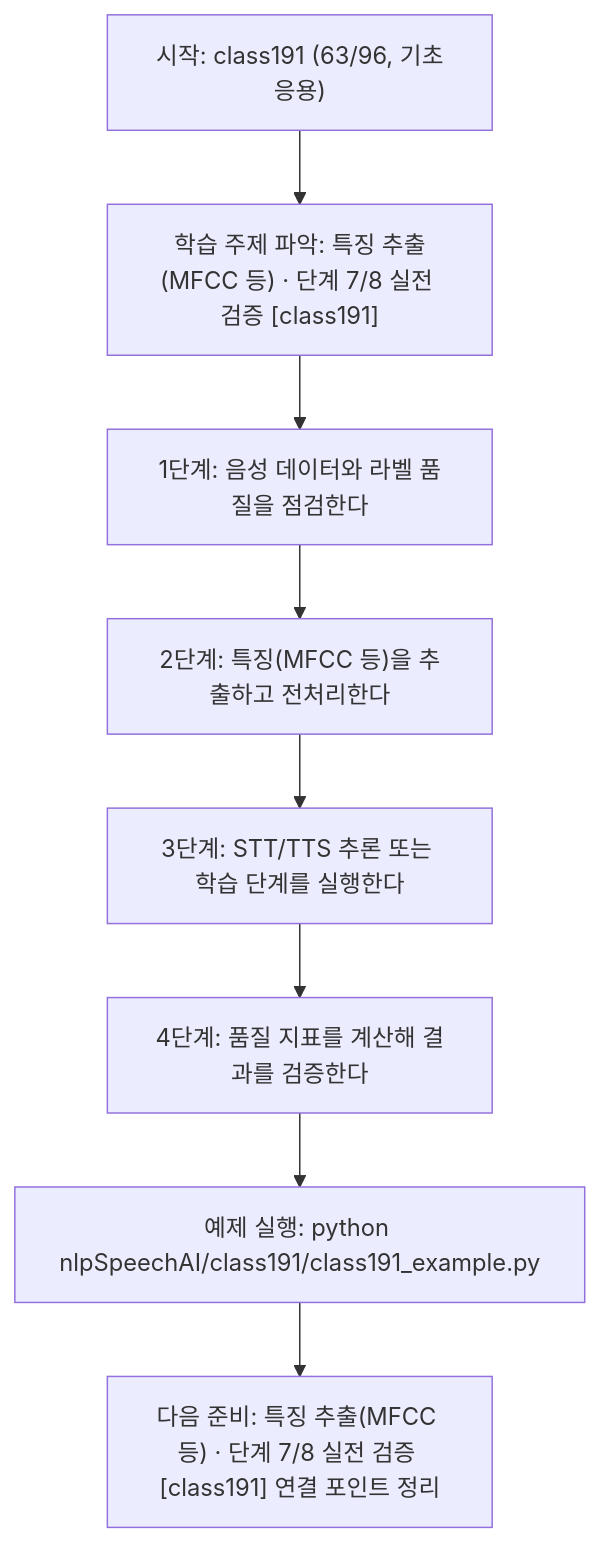
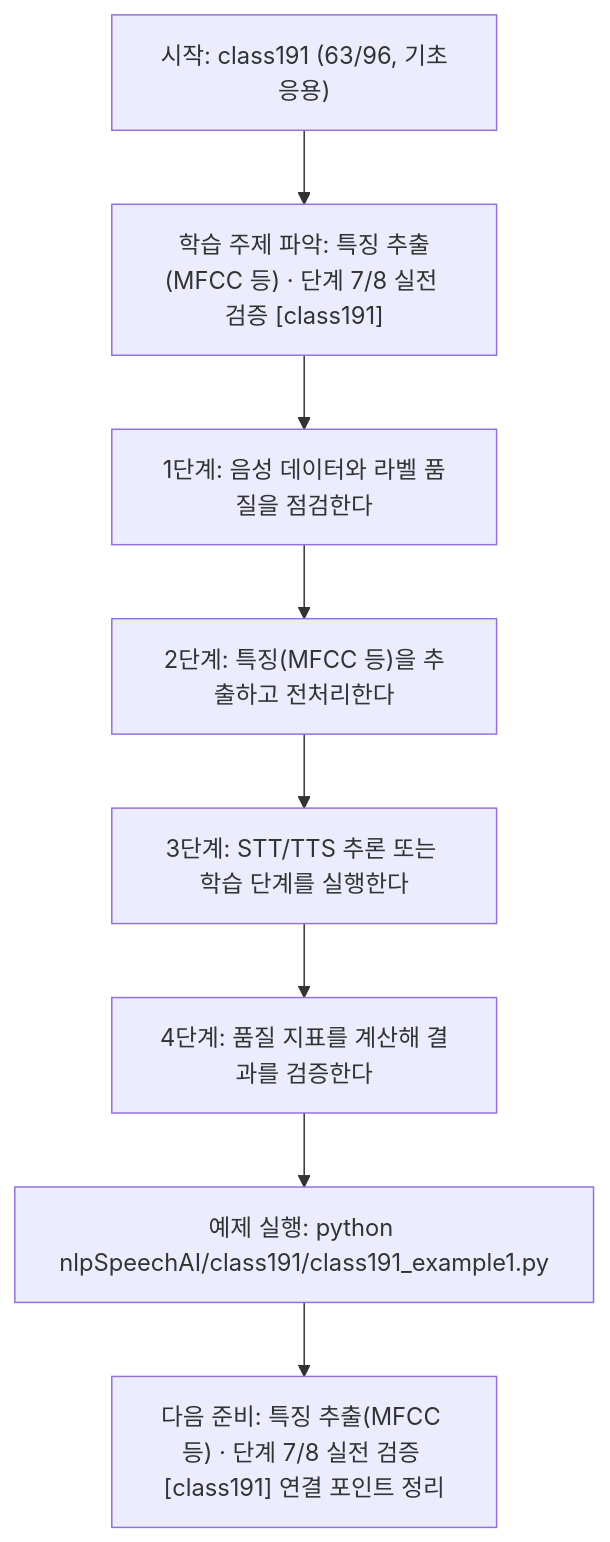
One commit to edumgt/Python-AI_Agent-Class changed the diagram in nlpSpeechAI/class191/class191.md. Above: the diagram before and after it, drawn with Mermaid. The commit also changed other lines of this file and 2959 other files, not shown here.

````diff
--- a/nlpSpeechAI/class191/class191.md
+++ b/nlpSpeechAI/class191/class191.md
@@ -114,18 +114,18 @@
 ```mermaid
 flowchart TD
 N1["시작: class191 (63/96, 기초응용)"]
 N2["학습 주제 파악: 특징 추출(MFCC 등) · 단계 7/8 실전 검증 [class191]"]
 N3["1단계: 음성 데이터와 라벨 품질을 점검한다"]
 N4["2단계: 특징(MFCC 등)을 추출하고 전처리한다"]
 N5["3단계: STT/TTS 추론 또는 학습 단계를 실행한다"]
 N6["4단계: 품질 지표를 계산해 결과를 검증한다"]
-N7["예제 실행: python nlpSpeechAI/class191/class191_example.py"]
+N7["예제 실행: python nlpSpeechAI/class191/class191_example1.py"]
 N8["다음 준비: 특징 추출(MFCC 등) · 단계 7/8 실전 검증 [class191] 연결 포인트 정리"]
 N1 --> N2
 N2 --> N3
 N3 --> N4
 N4 --> N5
 N5 --> N6
 N6 --> N7
 N7 --> N8
 ```
````
